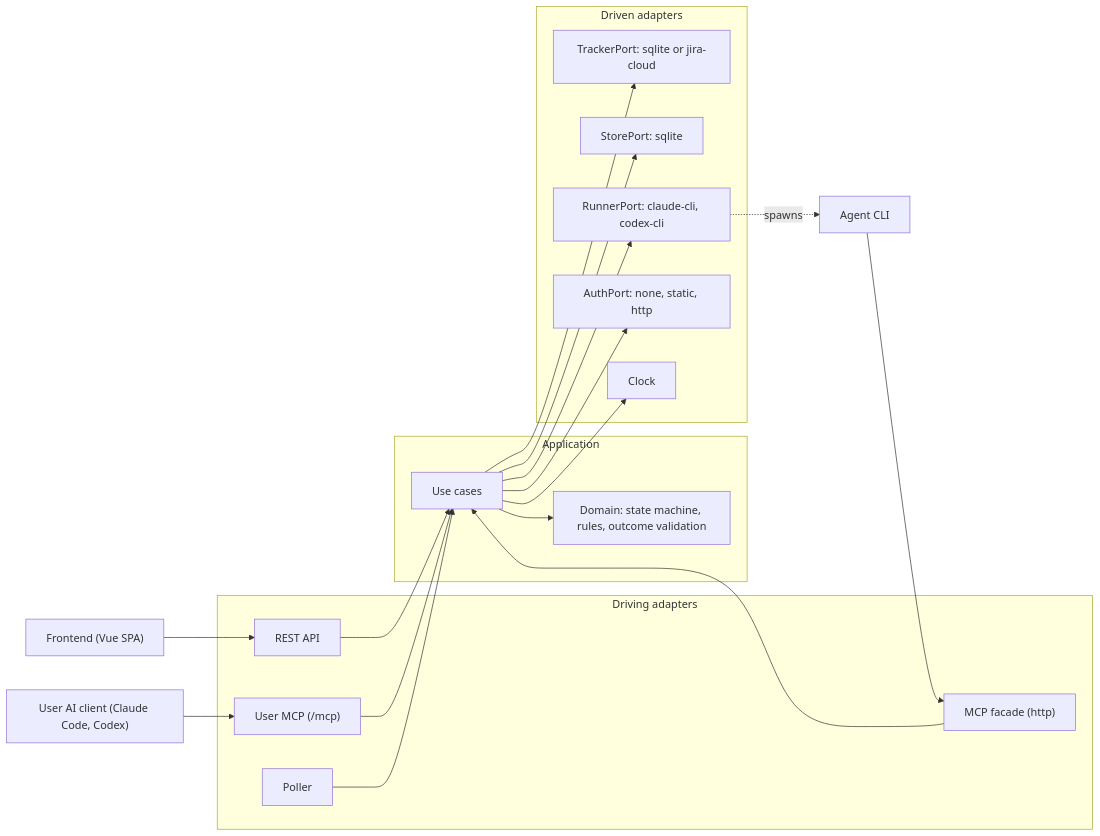
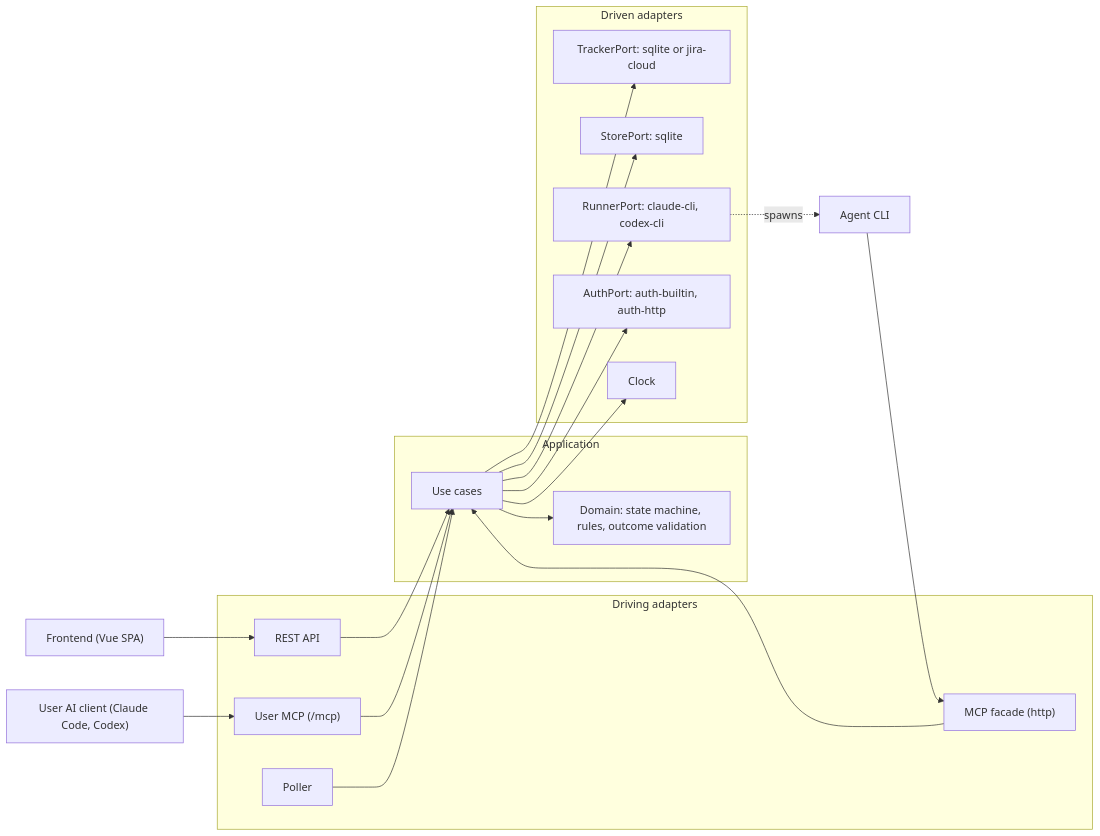
Before and after one commit to bingeli1379/tasuki: the first of 3 diagrams in docs/architecture.md, drawn with Mermaid. The commit also changed other lines of this file and 7 other files, not shown here.

````diff
--- a/docs/architecture.md
+++ b/docs/architecture.md
@@ -16,38 +16,38 @@
 ```mermaid
 flowchart LR
   FE["Frontend (Vue SPA)"] --> REST
   AG["Agent CLI"] --> MCP
   UA["User AI client (Claude Code, Codex)"] --> UMCP
 
   subgraph Driving["Driving adapters"]
     REST["REST API"]
     MCP["MCP facade (http)"]
     UMCP["User MCP (/mcp)"]
     POLL["Poller"]
   end
 
   subgraph App["Application"]
     UC["Use cases"]
     DOM["Domain: state machine, rules, outcome validation"]
   end
 
   subgraph Driven["Driven adapters"]
     ST["TrackerPort: sqlite or jira-cloud"]
     RT["StorePort: sqlite"]
     RUN["RunnerPort: claude-cli, codex-cli"]
-    AUTH["AuthPort: none, static, http"]
+    AUTH["AuthPort: auth-builtin, auth-http"]
     CLK["Clock"]
   end
 
   REST --> UC
   MCP --> UC
   UMCP --> UC
   POLL --> UC
   UC --> DOM
   UC --> ST
   UC --> RT
   UC --> RUN
   UC --> AUTH
   UC --> CLK
   RUN -. spawns .-> AG
 ```
````
